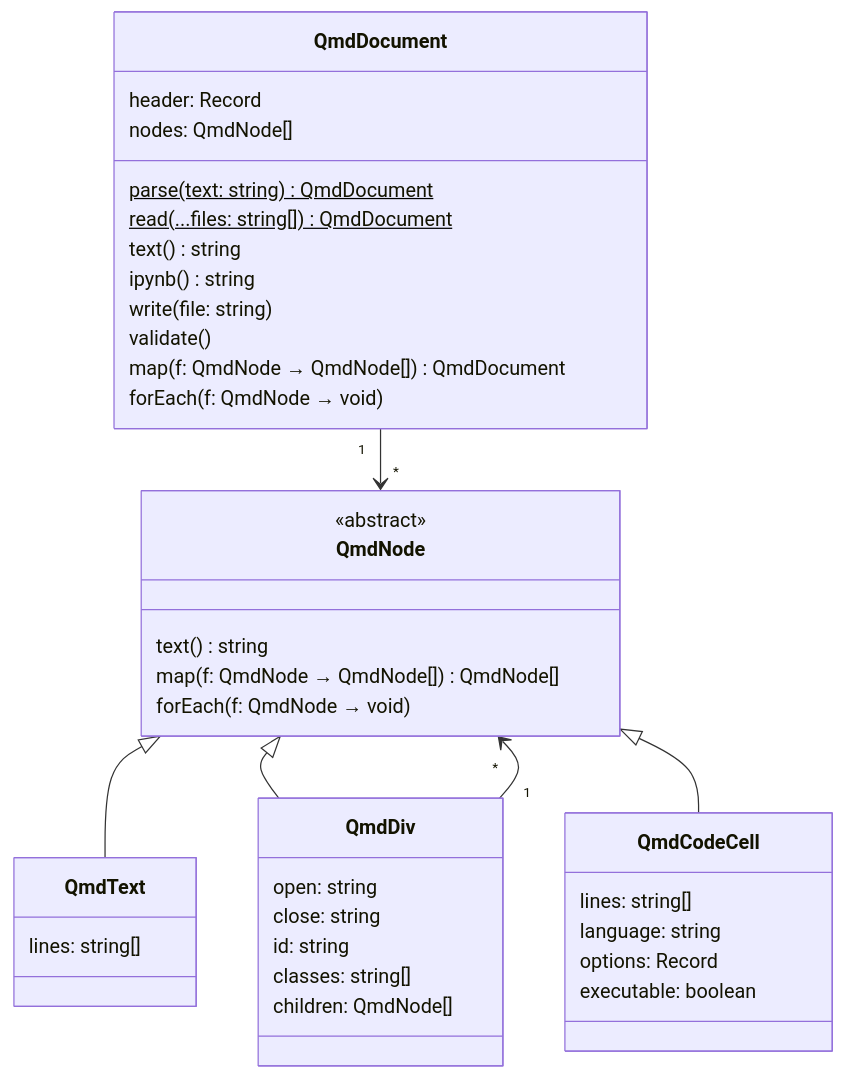
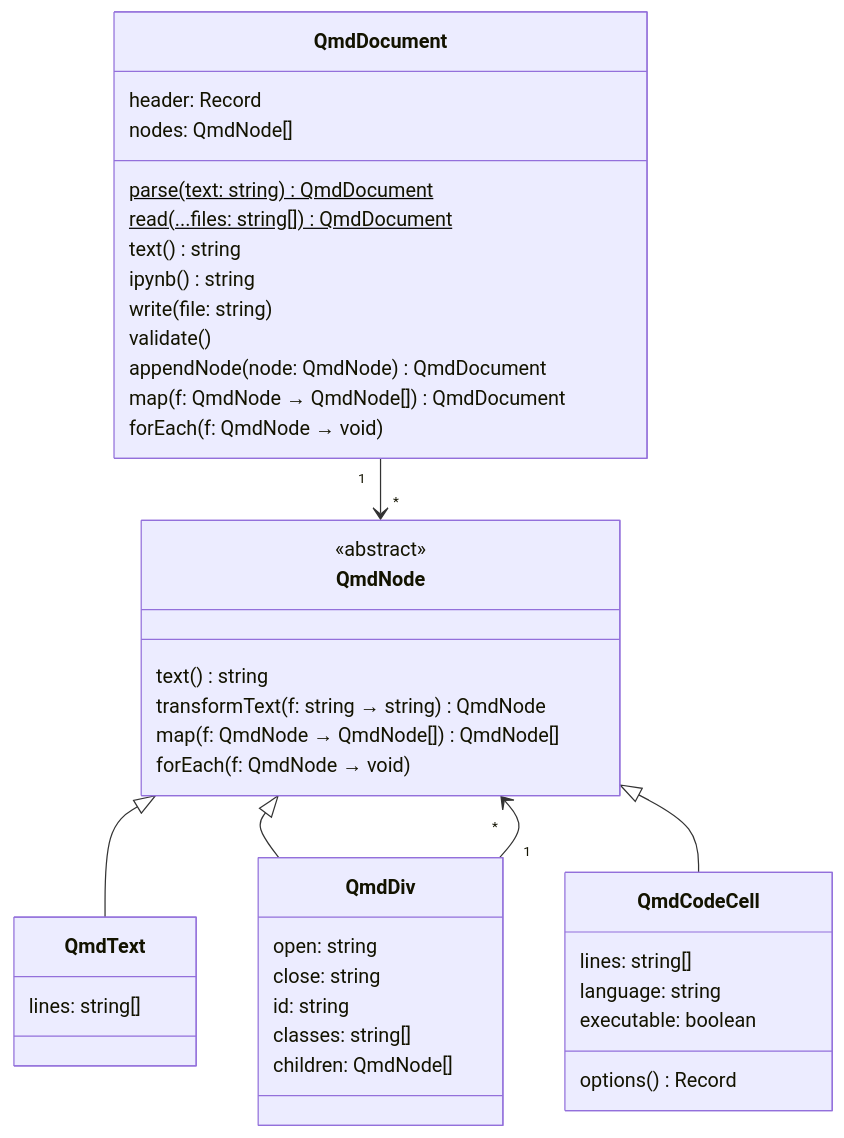
The second of 6 diagrams in DESIGN.md (matthiasbaitsch/quarto-loi-moi), drawn with Mermaid before and after one commit. The commit also changed other lines of this file and 10 other files, not shown here.

First line of the commit message:
QmdNode.transformText, AttachSrc as text

````diff
--- a/DESIGN.md
+++ b/DESIGN.md
@@ -77,43 +77,45 @@
 ```mermaid
 classDiagram
   direction TD
   QmdDocument "1" --> "*" QmdNode
   QmdNode <|-- QmdText
   QmdNode <|-- QmdDiv
   QmdNode <|-- QmdCodeCell
   QmdDiv "1" --> "*" QmdNode
   class QmdDocument {
     header: Record
     nodes: QmdNode[]
     parse(text: string)$ QmdDocument
     read(...files: string[])$ QmdDocument
     text() string
     ipynb() string
     write(file: string)
     validate()
+    appendNode(node: QmdNode) QmdDocument
     map(f: QmdNode → QmdNode[]) QmdDocument
     forEach(f: QmdNode → void)
   }
   class QmdNode {
     <<abstract>>
     text() string
+    transformText(f: string → string) QmdNode
     map(f: QmdNode → QmdNode[]) QmdNode[]
     forEach(f: QmdNode → void)
   }
   class QmdText {
     lines: string[]
   }
   class QmdDiv {
     open: string
     close: string
     id: string
     classes: string[]
     children: QmdNode[]
   }
   class QmdCodeCell {
     lines: string[]
     language: string
-    options: Record
     executable: boolean
+    options() Record
   }
 ```
````
